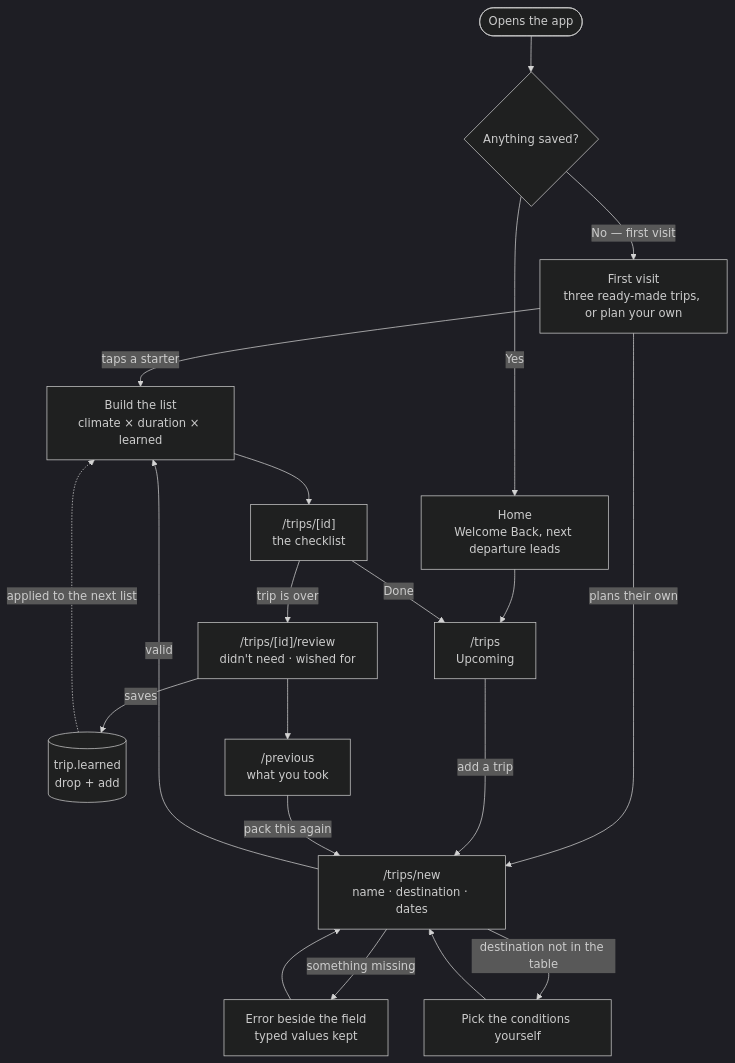
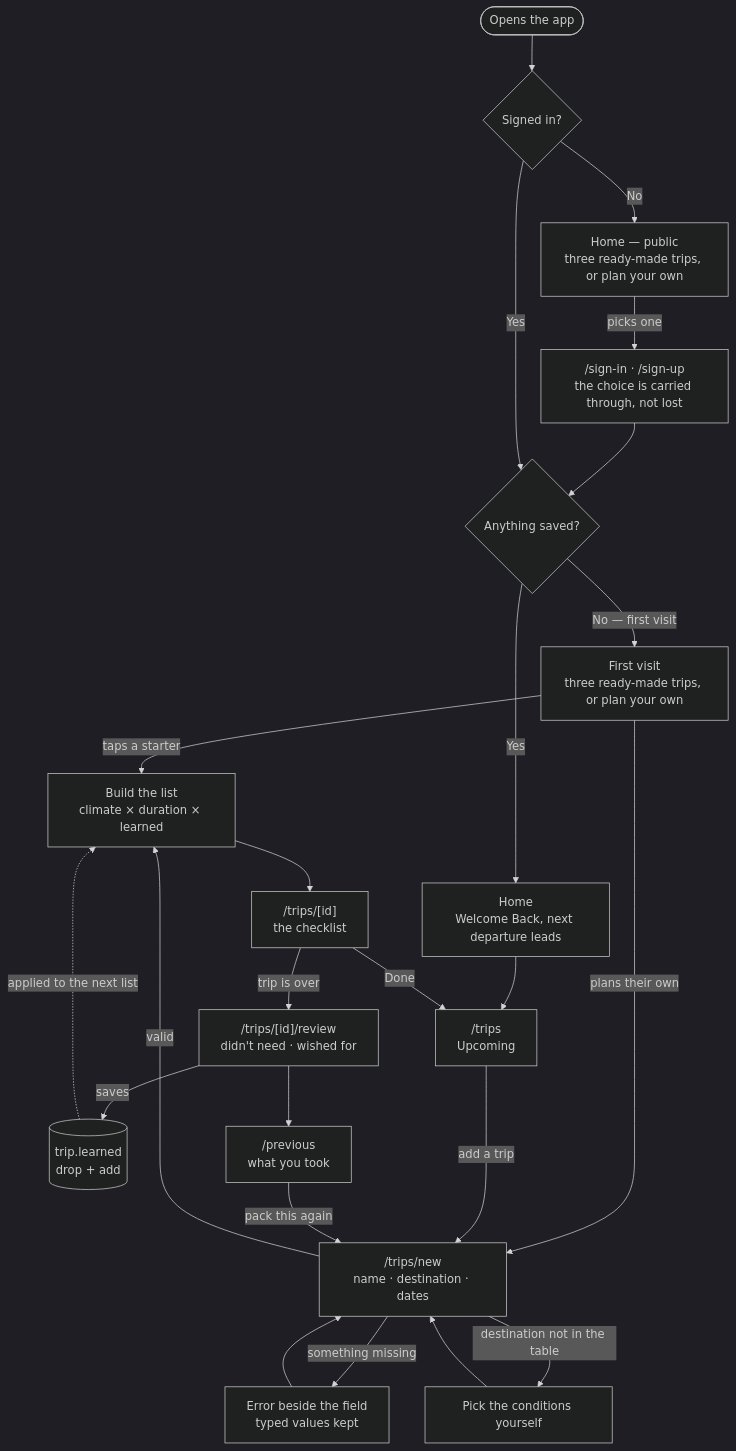
Before and after one commit to mrajesh164/wanderlist: the first of 2 diagrams in README.md, drawn with Mermaid (dark theme). The commit also changed 2 other files, not shown here.

First paragraph of the commit message:
Bring the docs in line with the app that shipped
A sweep of AGENTS.md, README.md, flows.md and research.md against what the
code actually does now. Four things were wrong, not merely dated.

````diff
--- a/README.md
+++ b/README.md
@@ -30,25 +30,31 @@
 ```mermaid
 flowchart TD
-    Start([Opens the app]) --> Has{Anything saved?}
+    Start([Opens the app]) --> Signed{Signed in?}
+
+    Signed -->|"No"| Door["Home — public<br/>three ready-made trips, or plan your own"]
+    Door -->|"picks one"| Gate["/sign-in · /sign-up<br/>the choice is carried through, not lost"]
+    Gate --> Has
+
+    Signed -->|Yes| Has{Anything saved?}
 
     Has -->|"No — first visit"| First["First visit<br/>three ready-made trips, or plan your own"]
     First -->|taps a starter| Build
     First -->|plans their own| Form
 
     Has -->|Yes| Home["Home<br/>Welcome Back, next departure leads"]
     Home --> Upcoming["/trips<br/>Upcoming"]
     Upcoming -->|add a trip| Form["/trips/new<br/>name · destination · dates"]
     Form -->|something missing| FormErr["Error beside the field<br/>typed values kept"]
     FormErr --> Form
     Form -->|destination not in the table| Manual["Pick the conditions yourself"]
     Manual --> Form
     Form -->|valid| Build["Build the list<br/>climate × duration × learned"]
     Build --> Pack["/trips/[id]<br/>the checklist"]
     Pack -->|Done| Upcoming
 
     Pack -->|trip is over| Review["/trips/[id]/review<br/>didn't need · wished for"]
     Review -->|saves| Learn[("trip.learned<br/>drop + add")]
     Review --> Previous["/previous<br/>what you took"]
     Previous -->|pack this again| Form
     Learn -.->|applied to the next list| Build
 ```
````
